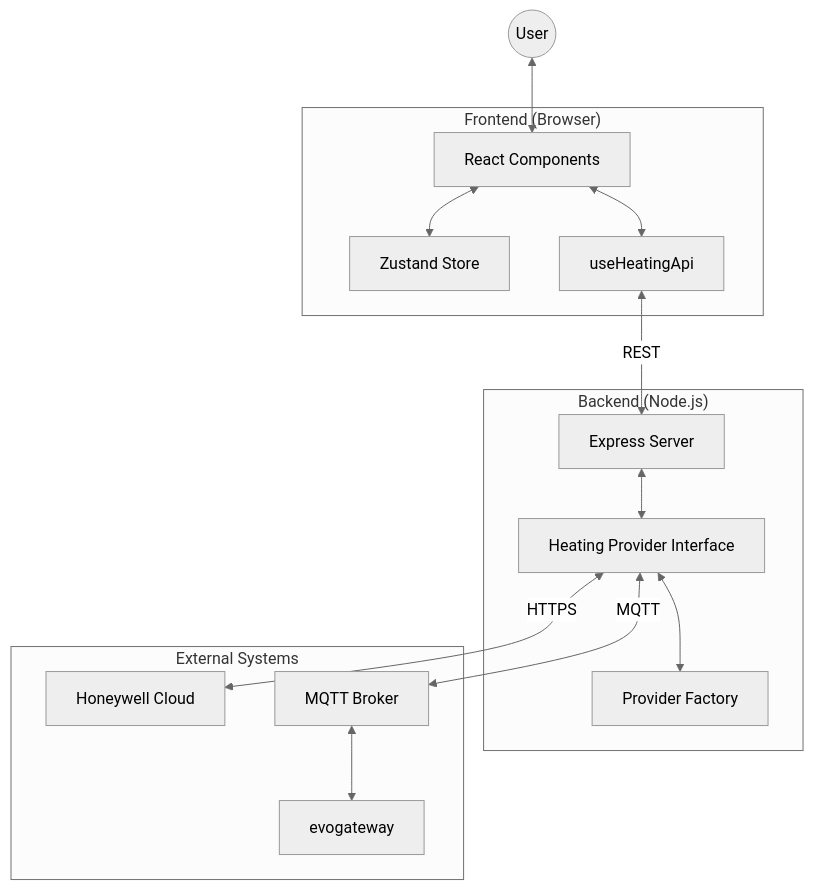
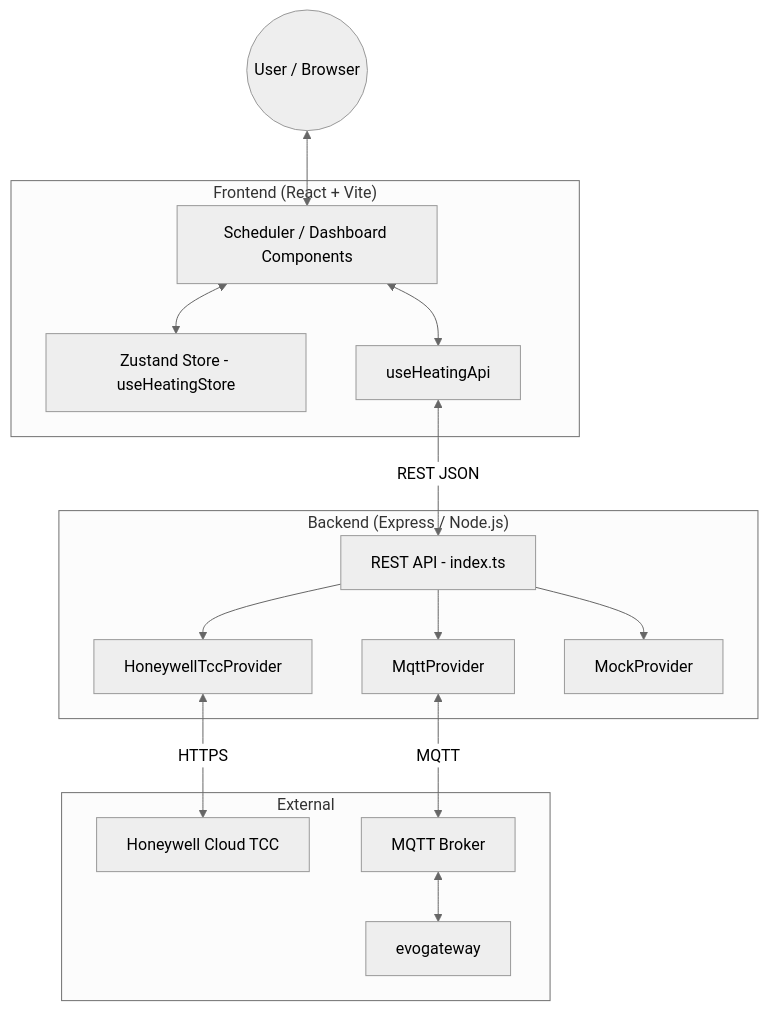
The diagram in DEVELOPMENT.md (smar000/evohome-Scheduler-GUI), drawn with Mermaid (neutral theme) before and after one commit. The commit also changed other lines of this file and 1 other file, not shown here.

First line of the commit message:
docs: update ARCHITECTURE.md and DEVELOPMENT.md for modernised codebase

````diff
--- a/DEVELOPMENT.md
+++ b/DEVELOPMENT.md
@@ -14,33 +17,34 @@
 ```mermaid
 graph TD
-    User((User))
-    
-    subgraph "Frontend (Browser)"
-        UI[React Components]
-        Store[Zustand Store]
-        API_Client[useHeatingApi]
+    User((User / Browser))
+
+    subgraph "Frontend (React + Vite)"
+        UI[Scheduler / Dashboard Components]
+        Store[Zustand Store - useHeatingStore]
+        ApiHook[useHeatingApi]
     end
-    
-    subgraph "Backend (Node.js)"
-        Express[Express Server]
-        Factory[Provider Factory]
-        Provider[Heating Provider Interface]
+
+    subgraph "Backend (Express / Node.js)"
+        REST[REST API - index.ts]
+        Cloud[HoneywellTccProvider]
+        Local[MqttProvider]
+        Mock[MockProvider]
     end
-    
-    subgraph "External Systems"
-        TCC[Honeywell Cloud]
+
+    subgraph "External"
+        TCC[Honeywell Cloud TCC]
         Broker[MQTT Broker]
         Gateway[evogateway]
     end
 
     User <--> UI
     UI <--> Store
-    UI <--> API_Client
-    API_Client <-->|REST| Express
-    Express <--> Provider
-    Provider <--> Factory
-    
-    Provider <-->|HTTPS| TCC
-    Provider <-->|MQTT| Broker
+    UI <--> ApiHook
+    ApiHook <-->|REST JSON| REST
+    REST --> Cloud
+    REST --> Local
+    REST --> Mock
+    Cloud <-->|HTTPS| TCC
+    Local <-->|MQTT| Broker
     Broker <--> Gateway
 ```
````
